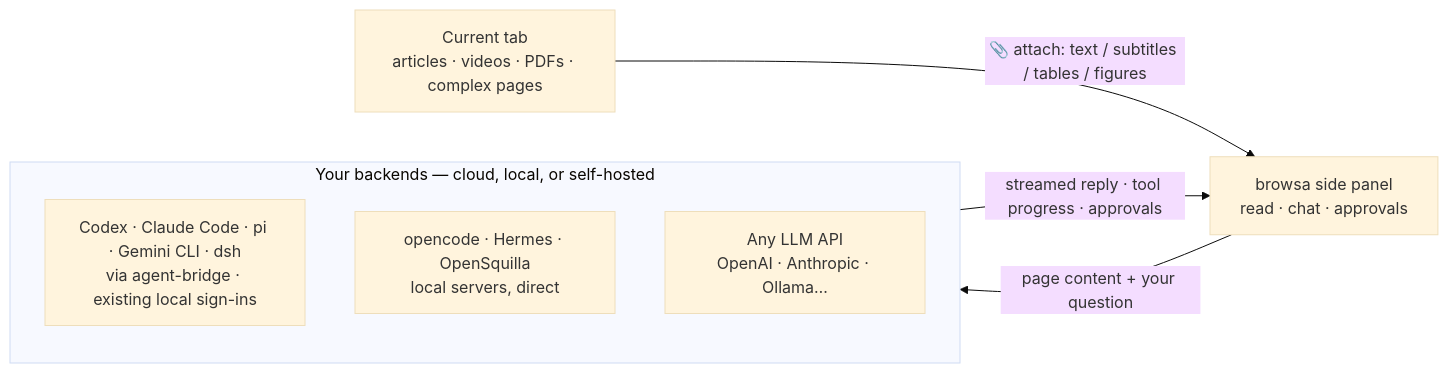
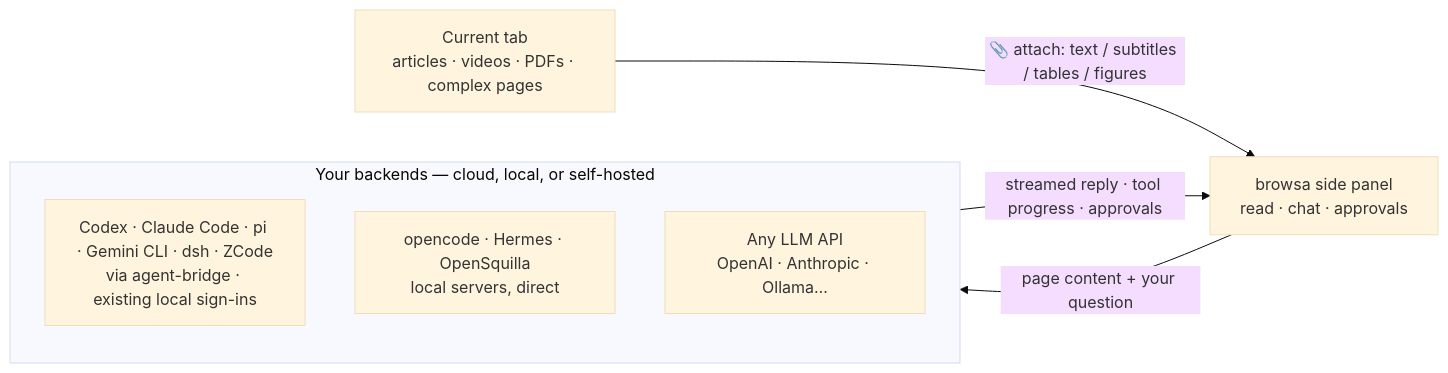
One commit to xiaohuzai/browsa changed the diagram in README.en.md. Above: the diagram before and after it, drawn with Mermaid (base theme). The commit also changed other lines of this file and 18 other files, not shown here.

First line of the commit message:
docs: 接入 ZCode——agent-bridge headless 适配器落地七语文档

````diff
--- a/README.en.md
+++ b/README.en.md
@@ -63,13 +64,13 @@
 ```mermaid
 flowchart LR
     P["Current tab<br/>articles · videos · PDFs · complex pages"]
     B["browsa side panel<br/>read · chat · approvals"]
     subgraph Y["Your backends — cloud, local, or self-hosted"]
-        A1["Codex · Claude Code · pi · Gemini CLI · dsh<br/>via agent-bridge · existing local sign-ins"]
+        A1["Codex · Claude Code · pi · Gemini CLI · dsh · ZCode<br/>via agent-bridge · existing local sign-ins"]
         A2["opencode · Hermes · OpenSquilla<br/>local servers, direct"]
         A3["Any LLM API<br/>OpenAI · Anthropic · Ollama…"]
     end
     P -->|"📎 attach: text / subtitles / tables / figures"| B
     B -->|"page content + your question"| Y
     Y -->|"streamed reply · tool progress · approvals"| B
 ```
````
